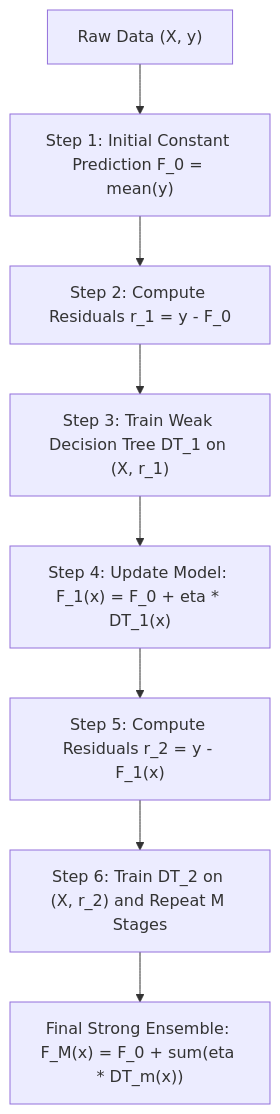
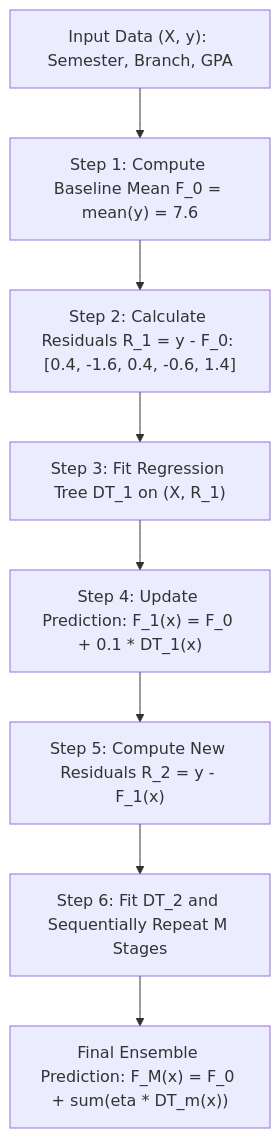
Before and after one commit to S1h2i3v4a/AI_ML: the diagram in lecture_30/Notes_30.01/README.md, drawn with Mermaid. The commit also changed other lines of this file and 57 other files, not shown here.

````diff
--- a/lecture_30/Notes_30.01/README.md
+++ b/lecture_30/Notes_30.01/README.md
@@ -18,10 +53,10 @@
 ```mermaid
 flowchart TD
-    A["Raw Data (X, y)"] --> B["Step 1: Initial Constant Prediction F_0 = mean(y)"]
-    B --> C["Step 2: Compute Residuals r_1 = y - F_0"]
-    C --> D["Step 3: Train Weak Decision Tree DT_1 on (X, r_1)"]
-    D --> E["Step 4: Update Model: F_1(x) = F_0 + eta * DT_1(x)"]
-    E --> F["Step 5: Compute Residuals r_2 = y - F_1(x)"]
-    F --> G["Step 6: Train DT_2 on (X, r_2) and Repeat M Stages"]
-    G --> H["Final Strong Ensemble: F_M(x) = F_0 + sum(eta * DT_m(x))"]
+    A["Input Data (X, y): Semester, Branch, GPA"] --> B["Step 1: Compute Baseline Mean F_0 = mean(y) = 7.6"]
+    B --> C["Step 2: Calculate Residuals R_1 = y - F_0: [0.4, -1.6, 0.4, -0.6, 1.4]"]
+    C --> D["Step 3: Fit Regression Tree DT_1 on (X, R_1)"]
+    D --> E["Step 4: Update Prediction: F_1(x) = F_0 + 0.1 * DT_1(x)"]
+    E --> F["Step 5: Compute New Residuals R_2 = y - F_1(x)"]
+    F --> G["Step 6: Fit DT_2 and Sequentially Repeat M Stages"]
+    G --> H["Final Ensemble Prediction: F_M(x) = F_0 + sum(eta * DT_m(x))"]
 ```
````
